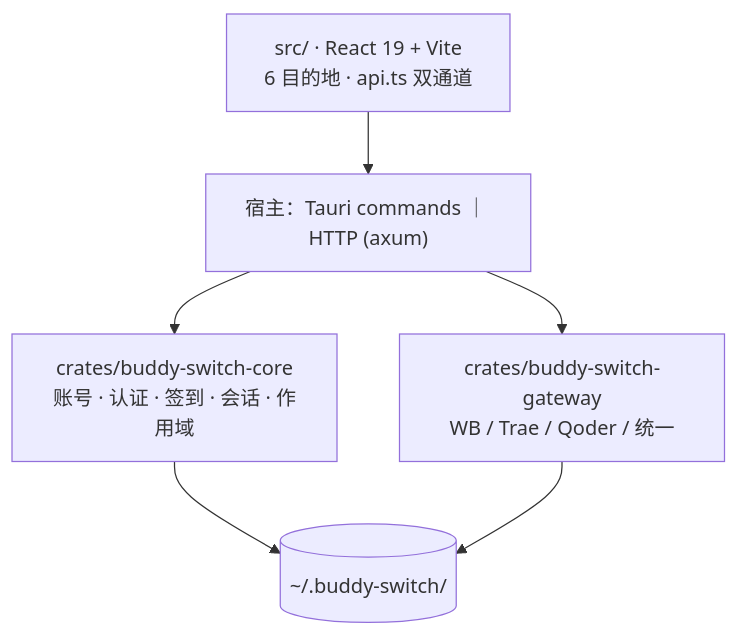
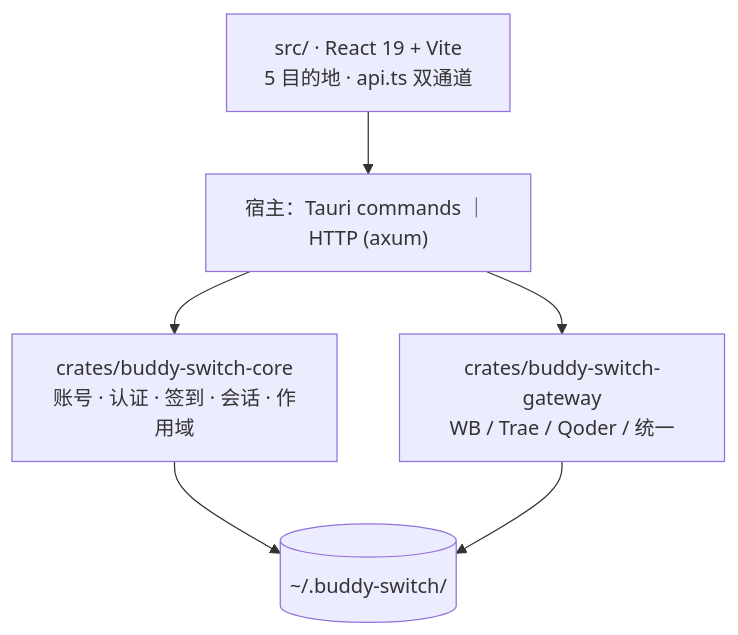
One commit to qiuyongjun/AccSwitch changed the fourth of 4 diagrams in README.md. Above: the diagram before and after it, drawn with Mermaid. The commit also changed other lines of this file and 74 other files, not shown here.

````diff
--- a/README.md
+++ b/README.md
@@ -378,8 +364,8 @@
 ```mermaid
 flowchart TB
-    FE["src/ · React 19 + Vite<br/>6 目的地 · api.ts 双通道"] --> H["宿主：Tauri commands ｜ HTTP (axum)"]
+    FE["src/ · React 19 + Vite<br/>5 目的地 · api.ts 双通道"] --> H["宿主：Tauri commands ｜ HTTP (axum)"]
     H --> CORE["crates/buddy-switch-core<br/>账号 · 认证 · 签到 · 会话 · 作用域"]
     H --> GW["crates/buddy-switch-gateway<br/>WB / Trae / Qoder / 统一"]
     CORE --> DATA[("~/.buddy-switch/")]
     GW --> DATA
 ```
````
